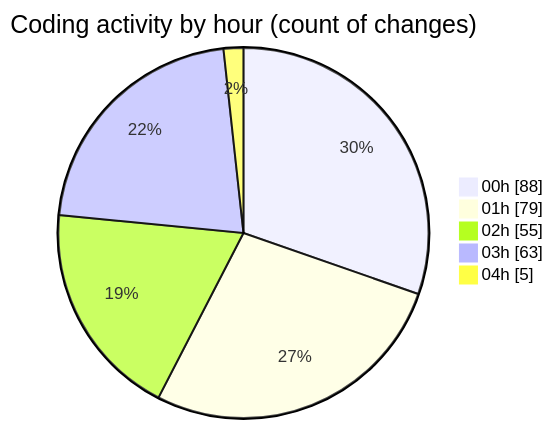
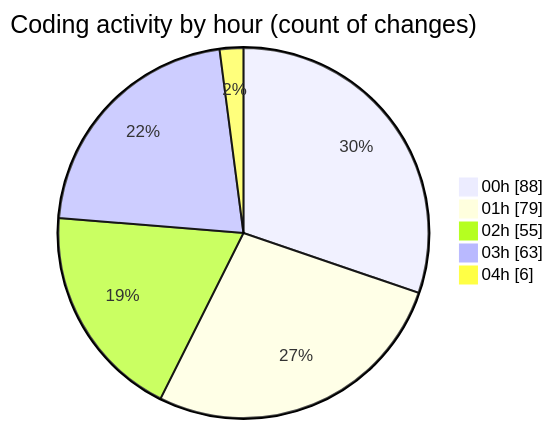
The second of 2 diagrams in 2025-08-16/rentotp/README.md (lephambinh05/code-tracking), drawn with Mermaid before and after one commit. The commit also changed other lines of this file and 1 other file, not shown here.

````diff
--- a/2025-08-16/rentotp/README.md
+++ b/2025-08-16/rentotp/README.md
@@ -64,9 +65,9 @@
 ```mermaid
 pie showData
 title Coding activity by hour (count of changes)
 "00h" : 88
 "01h" : 79
 "02h" : 55
 "03h" : 63
-"04h" : 5
+"04h" : 6
 ```
````
